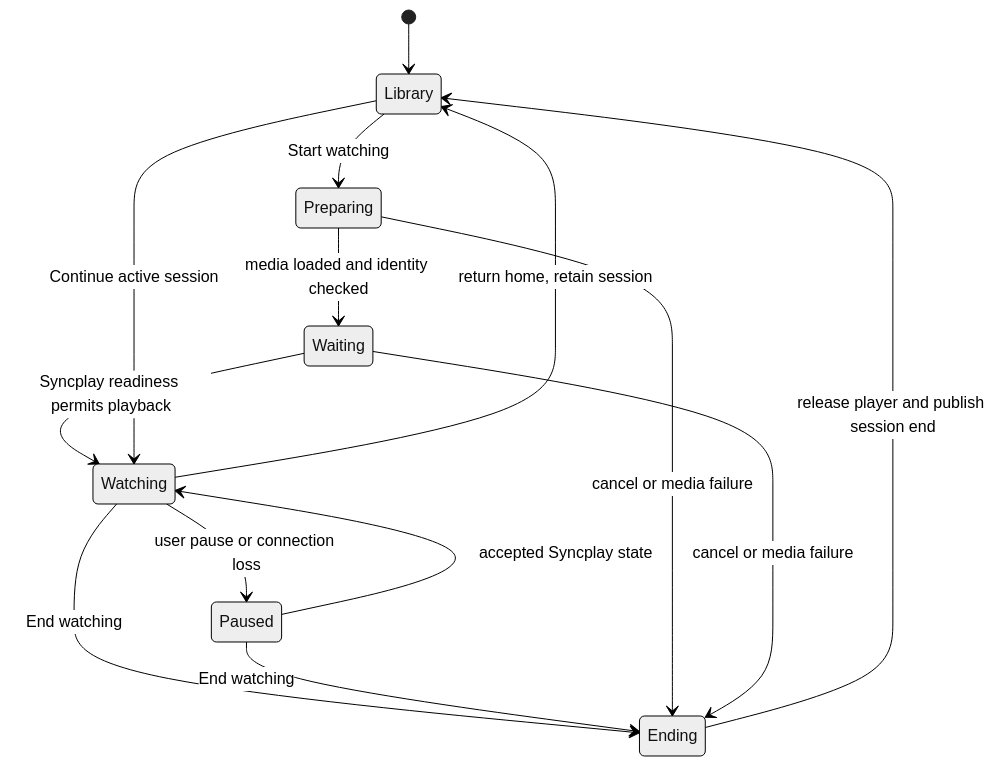
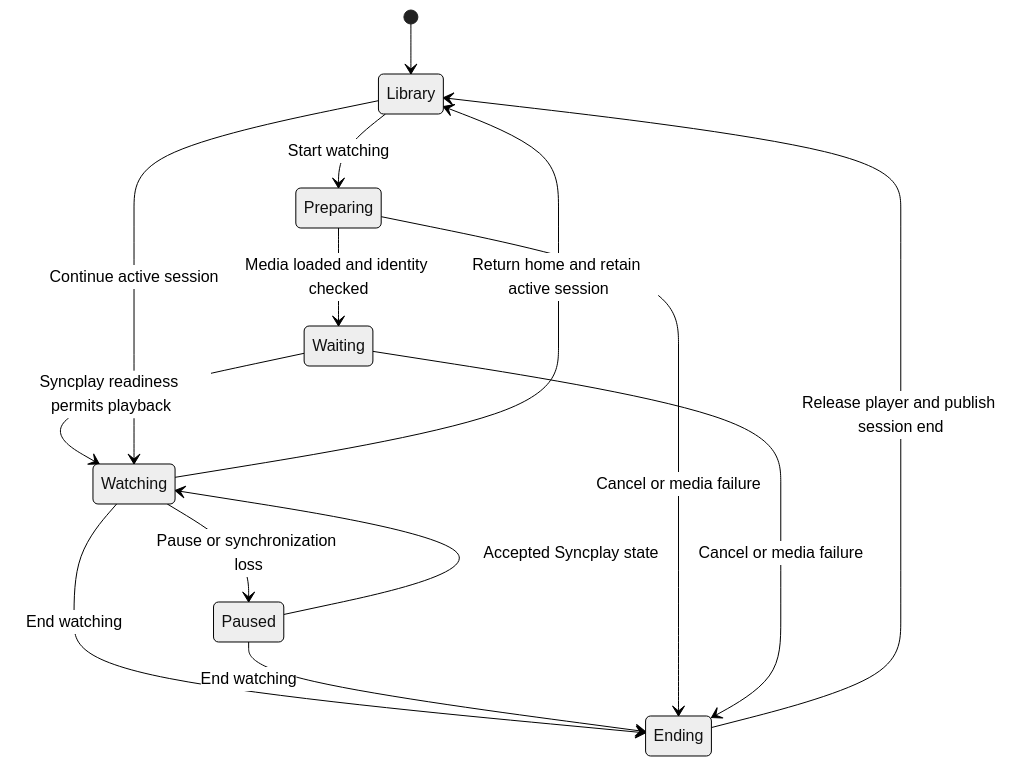
One commit to allnes/syncwatch-2 changed the second of 2 diagrams in docs/architecture/README.md. Above: the diagram before and after it, drawn with Mermaid (neutral theme). The commit also changed other lines of this file and 16 other files, not shown here.

````diff
--- a/docs/architecture/README.md
+++ b/docs/architecture/README.md
@@ -81,16 +76,16 @@
 ```mermaid
 stateDiagram-v2
     [*] --> Library
     Library --> Preparing: Start watching
-    Preparing --> Waiting: media loaded and identity checked
+    Preparing --> Waiting: Media loaded and identity checked
     Waiting --> Watching: Syncplay readiness permits playback
-    Watching --> Paused: user pause or connection loss
-    Paused --> Watching: accepted Syncplay state
-    Watching --> Library: return home, retain session
+    Watching --> Paused: Pause or synchronization loss
+    Paused --> Watching: Accepted Syncplay state
+    Watching --> Library: Return home and retain active session
     Library --> Watching: Continue active session
     Watching --> Ending: End watching
     Paused --> Ending: End watching
-    Preparing --> Ending: cancel or media failure
-    Waiting --> Ending: cancel or media failure
-    Ending --> Library: release player and publish session end
+    Preparing --> Ending: Cancel or media failure
+    Waiting --> Ending: Cancel or media failure
+    Ending --> Library: Release player and publish session end
 ```
````
